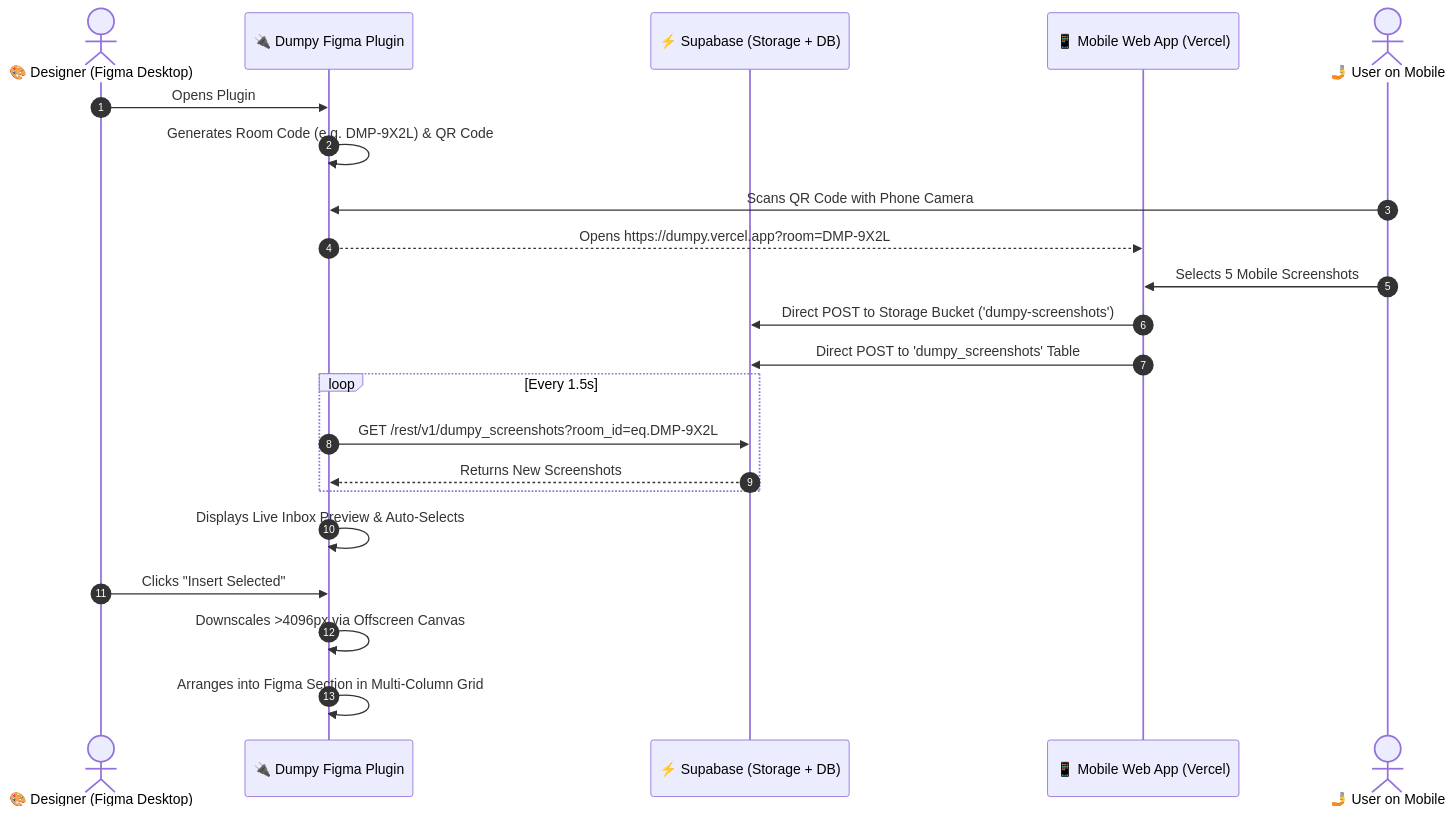
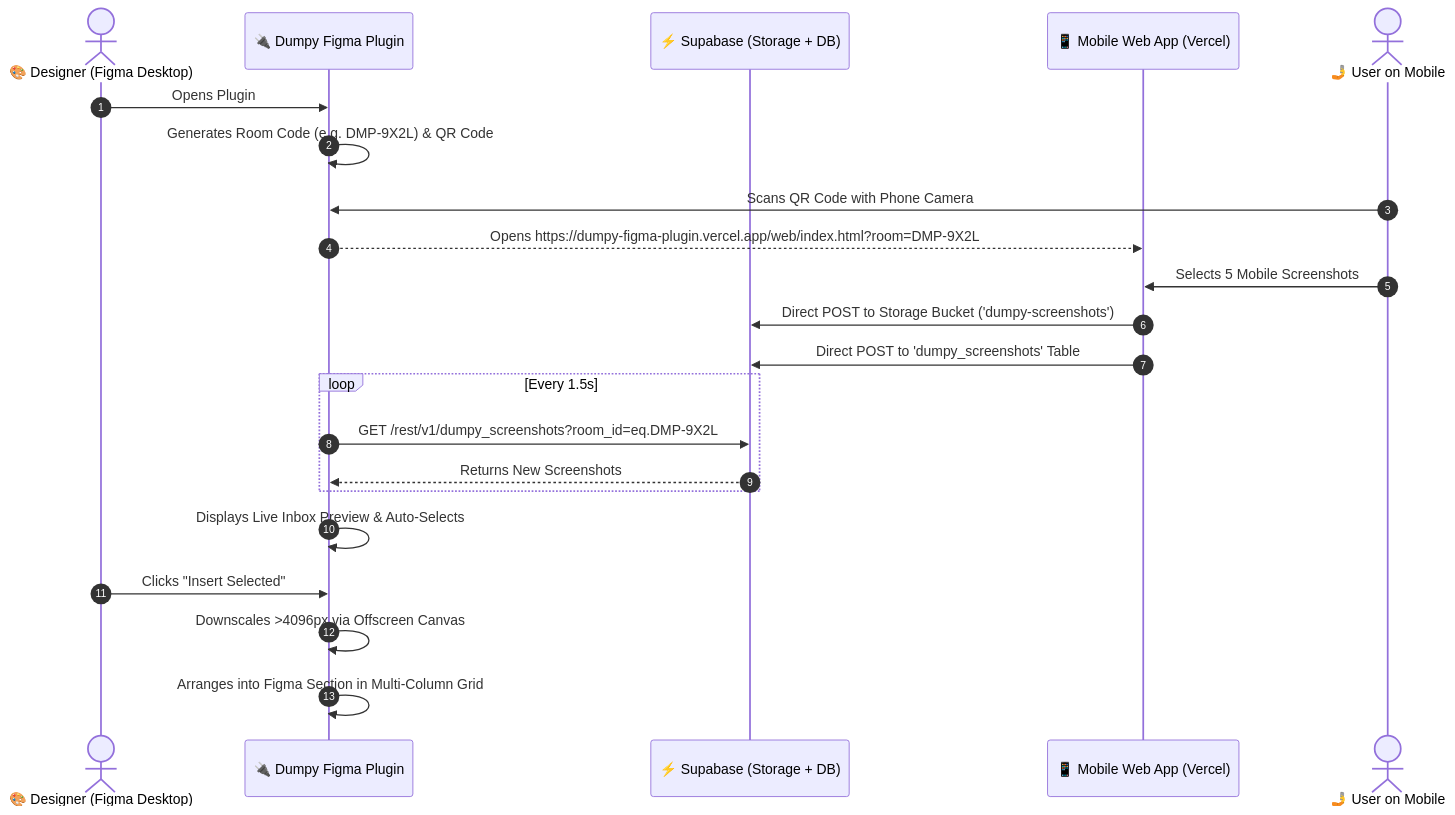
The diagram in README.md (Anshul2021/Dumpy-Figma-Plugin), drawn with Mermaid before and after one commit. The commit also changed 2 other files, not shown here.

Commit message:
fix: set correct Vercel deployment domain dumpy-figma-plugin.vercel.app

````diff
--- a/README.md
+++ b/README.md
@@ -78,25 +78,25 @@
 ```mermaid
 sequenceDiagram
     autonumber
     actor Designer as 🎨 Designer (Figma Desktop)
     participant Plugin as 🔌 Dumpy Figma Plugin
     participant Supabase as ⚡ Supabase (Storage + DB)
     participant Mobile as 📱 Mobile Web App (Vercel)
     actor PhoneUser as 🤳 User on Mobile
 
     Designer->>Plugin: Opens Plugin
     Plugin->>Plugin: Generates Room Code (e.g. DMP-9X2L) & QR Code
     PhoneUser->>Plugin: Scans QR Code with Phone Camera
-    Plugin-->>Mobile: Opens https://dumpy.vercel.app?room=DMP-9X2L
+    Plugin-->>Mobile: Opens https://dumpy-figma-plugin.vercel.app/web/index.html?room=DMP-9X2L
     PhoneUser->>Mobile: Selects 5 Mobile Screenshots
     Mobile->>Supabase: Direct POST to Storage Bucket ('dumpy-screenshots')
     Mobile->>Supabase: Direct POST to 'dumpy_screenshots' Table
     loop Every 1.5s
         Plugin->>Supabase: GET /rest/v1/dumpy_screenshots?room_id=eq.DMP-9X2L
         Supabase-->>Plugin: Returns New Screenshots
     end
     Plugin->>Plugin: Displays Live Inbox Preview & Auto-Selects
     Designer->>Plugin: Clicks "Insert Selected"
     Plugin->>Plugin: Downscales >4096px via Offscreen Canvas
     Plugin->>Plugin: Arranges into Figma Section in Multi-Column Grid
 ```
````
